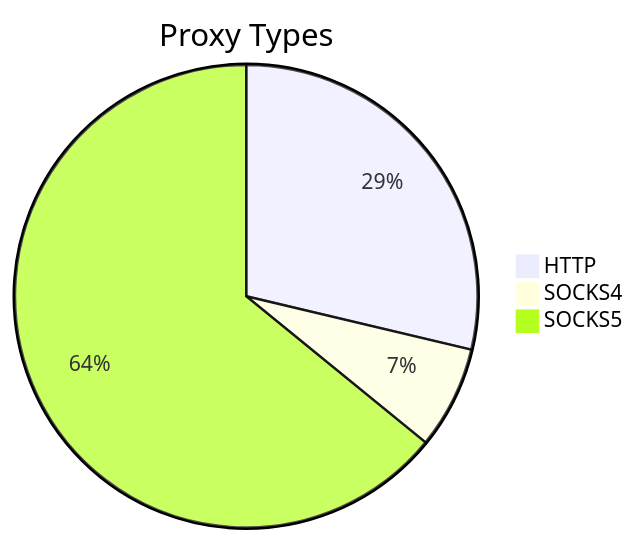
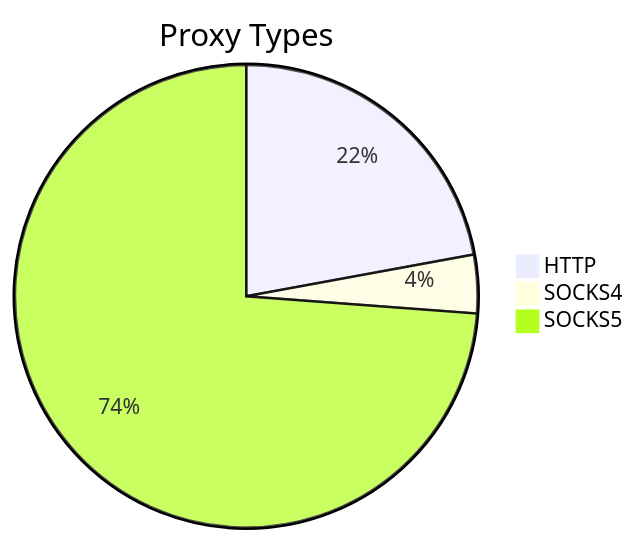
The first of 2 diagrams in README.md (stormsia/proxy-list), drawn with Mermaid before and after one commit. The commit also changed other lines of this file, not shown here.

````diff
--- a/README.md
+++ b/README.md
@@ -21,6 +21,6 @@
 ```mermaid
 pie title Proxy Types
-    "HTTP" : 60
-    "SOCKS4" : 15
-    "SOCKS5" : 134
+    "HTTP" : 65
+    "SOCKS4" : 12
+    "SOCKS5" : 217
 ```
````
